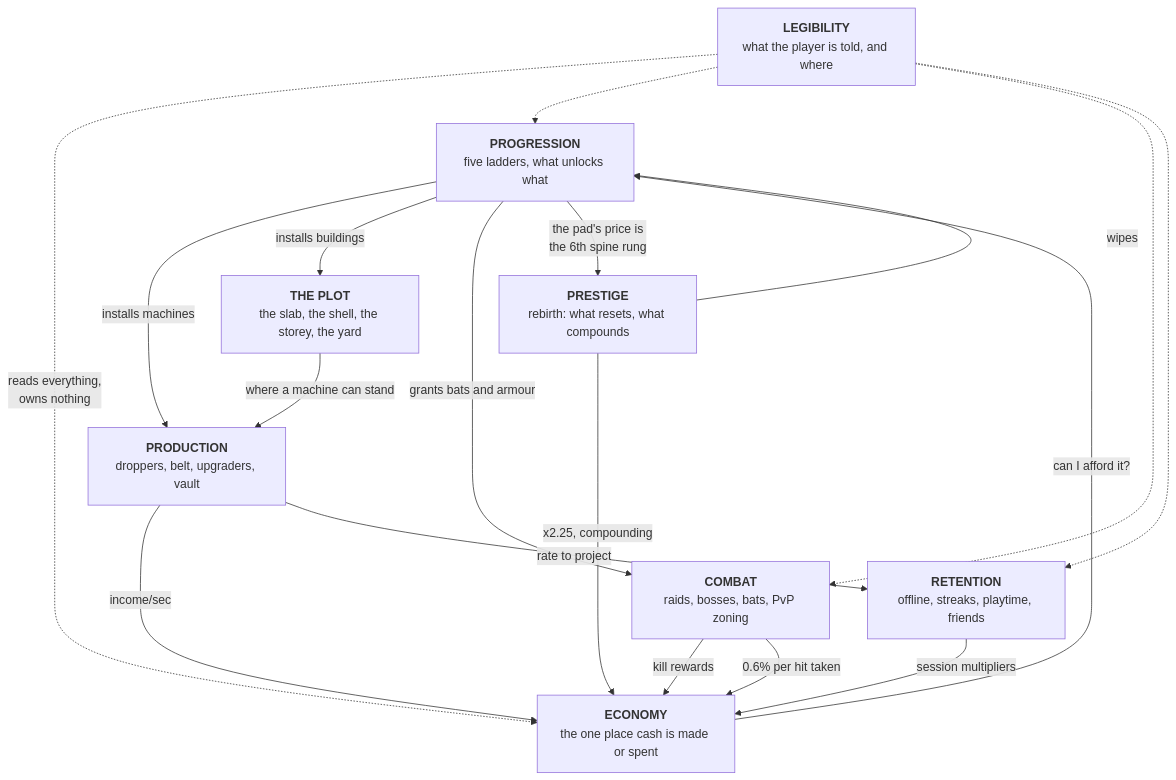
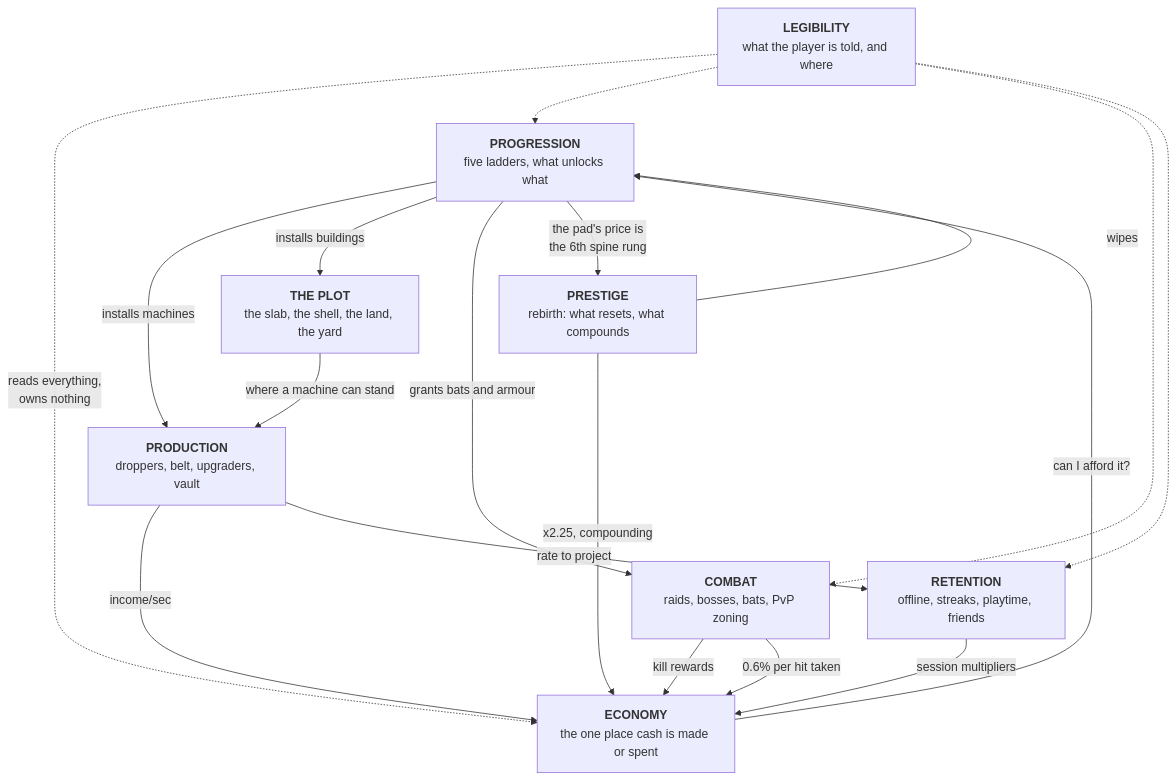
One commit to adit-rah/ttt changed the diagram in docs/design/SYSTEMS.md. Above: the diagram before and after it, drawn with Mermaid. The commit also changed other lines of this file and 26 other files, not shown here.

First line of the commit message:
Extensible plot: land outward from the centre, floor system retired (#129)

````diff
--- a/docs/design/SYSTEMS.md
+++ b/docs/design/SYSTEMS.md
@@ -17,29 +17,29 @@
 ```mermaid
 graph TB
     PROG["<b>PROGRESSION</b><br/>five ladders, what unlocks what"]
     PROD["<b>PRODUCTION</b><br/>droppers, belt, upgraders, vault"]
     ECON["<b>ECONOMY</b><br/>the one place cash is made or spent"]
     PREST["<b>PRESTIGE</b><br/>rebirth: what resets, what compounds"]
     COMBAT["<b>COMBAT</b><br/>raids, bosses, bats, PvP zoning"]
-    PLOT["<b>THE PLOT</b><br/>the slab, the shell, the storey, the yard"]
+    PLOT["<b>THE PLOT</b><br/>the slab, the shell, the land, the yard"]
     RET["<b>RETENTION</b><br/>offline, streaks, playtime, friends"]
     READ["<b>LEGIBILITY</b><br/>what the player is told, and where"]
 
     PROD -->|"income/sec"| ECON
     ECON -->|"can I afford it?"| PROG
     PROG -->|"installs machines"| PROD
     PROG -->|"installs buildings"| PLOT
     PROG -->|"grants bats and armour"| COMBAT
     COMBAT -->|"kill rewards"| ECON
     COMBAT -->|"0.6% per hit taken"| ECON
     PLOT -->|"where a machine can stand"| PROD
     PREST -->|"x2.25, compounding"| ECON
     PROG -->|"the pad's price is<br/>the 6th spine rung"| PREST
     PREST -->|"wipes"| PROG
     RET -->|"session multipliers"| ECON
     PROD -->|"rate to project"| RET
     READ -.->|"reads everything,<br/>owns nothing"| ECON
     READ -.-> PROG
     READ -.-> COMBAT
     READ -.-> RET
 ```
````
